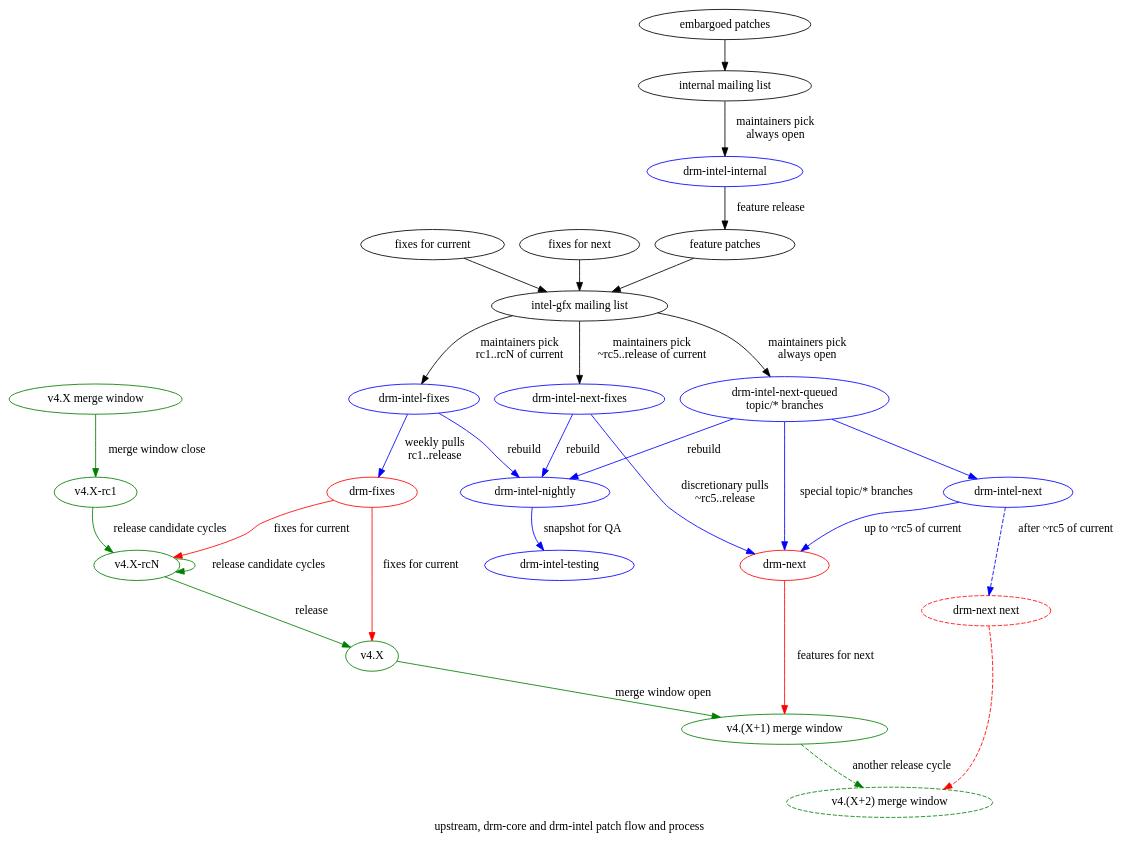
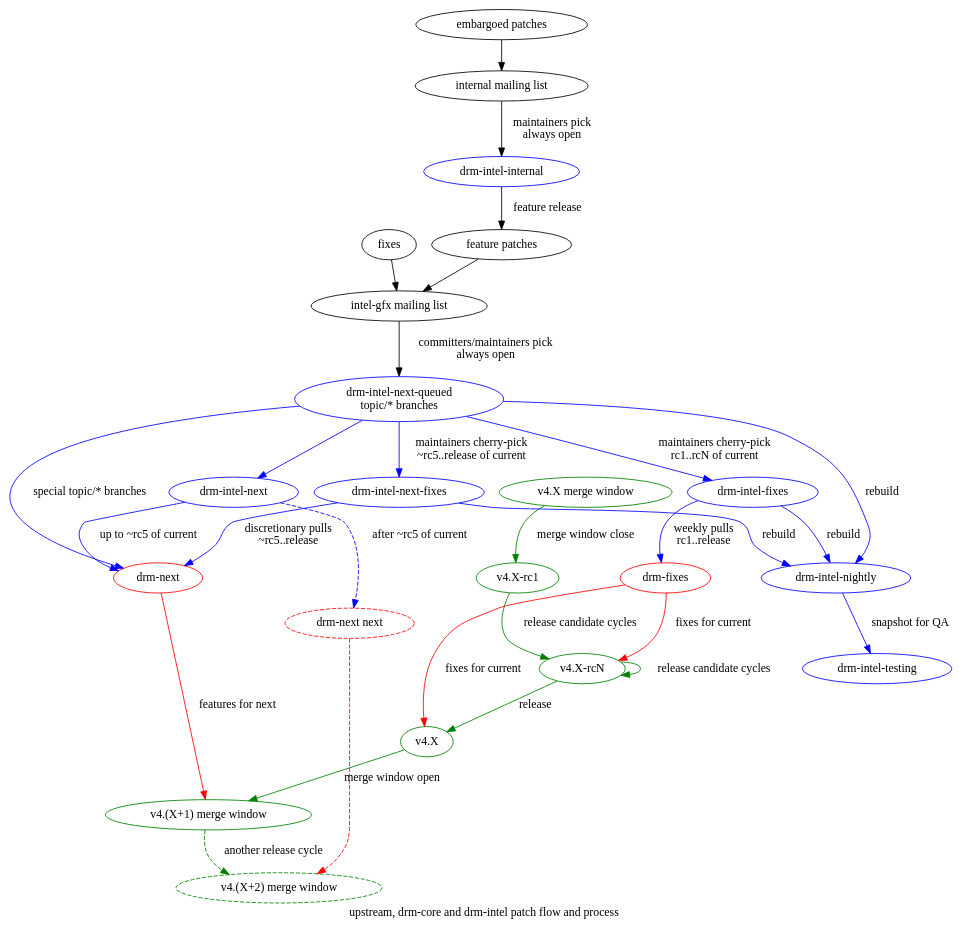
The diagram in drm-intel-flow.dot (vsyrjala/linux), drawn with Graphviz before and after one commit. The commit also changed 1 other file, not shown here.

Commit message:
drm-intel: document new fixes flow

```diff
--- a/drm-intel-flow.dot
+++ b/drm-intel-flow.dot
@@ -1,92 +1,91 @@
 #
 # Copyright © 2014-2015 Intel Corporation
 #
 # Permission is hereby granted, free of charge, to any person obtaining a
 # copy of this software and associated documentation files (the "Software"),
 # to deal in the Software without restriction, including without limitation
 # the rights to use, copy, modify, merge, publish, distribute, sublicense,
 # and/or sell copies of the Software, and to permit persons to whom the
 # Software is furnished to do so, subject to the following conditions:
 #
 # The above copyright notice and this permission notice (including the next
 # paragraph) shall be included in all copies or substantial portions of the
 # Software.
 #
 # THE SOFTWARE IS PROVIDED "AS IS", WITHOUT WARRANTY OF ANY KIND, EXPRESS OR
 # IMPLIED, INCLUDING BUT NOT LIMITED TO THE WARRANTIES OF MERCHANTABILITY,
 # FITNESS FOR A PARTICULAR PURPOSE AND NONINFRINGEMENT.  IN NO EVENT SHALL
 # THE AUTHORS OR COPYRIGHT HOLDERS BE LIABLE FOR ANY CLAIM, DAMAGES OR OTHER
 # LIABILITY, WHETHER IN AN ACTION OF CONTRACT, TORT OR OTHERWISE, ARISING
 # FROM, OUT OF OR IN CONNECTION WITH THE SOFTWARE OR THE USE OR OTHER DEALINGS
 # IN THE SOFTWARE.
 #
 # Authors:
 #	Jani Nikula <jani.nikula@intel.com>
 #
 
 strict digraph "drm-intel" {
        label="upstream, drm-core and drm-intel patch flow and process"
 
        # upstream
        mw1 [label="v4.X merge window" color=green]
        rc1 [label="v4.X-rc1" color=green]
        rcN [label="v4.X-rcN" color=green]
        release [label="v4.X" color=green]
        mw2 [label="v4.(X+1) merge window" color=green]
        mw3 [label="v4.(X+2) merge window" color=green style=dashed]
 
        mw1 -> rc1 [label="merge window close" color=green];
        rc1 -> rcN -> rcN [label="release candidate cycles" color=green];
        rcN -> release [label="release" color=green];
        release -> mw2 [label="merge window open" color=green];
        mw2 -> mw3 [label="another release cycle" color=green style=dashed];
 
        # drm-core
        "drm-next" [color=red]
        "drm-fixes" [color=red]
        "drm-next next" [color=red style=dashed]
 
        "drm-fixes" -> rcN [label="fixes for current" color=red]
        "drm-fixes" -> release [label="fixes for current" color=red]
        "drm-next" -> mw2 [label="features for next" color=red]
        "drm-next next" -> mw3 [color=red style=dashed]
 
        # drm-intel
        "drm-intel-fixes" [color=blue]
        "drm-intel-next" [color=blue]
        "drm-intel-next-fixes" [color=blue]
        "drm-intel-next-queued" [label="drm-intel-next-queued\ntopic/* branches" color=blue]
        "drm-intel-nightly" [color=blue]
        "drm-intel-testing" [color=blue]
        "drm-intel-internal" [color=blue]
 
        "drm-intel-fixes" -> "drm-fixes" [label="weekly pulls\nrc1..release" color=blue]
        "drm-intel-next" -> "drm-next next" [label="after ~rc5 of current" color=blue style=dashed]
        "drm-intel-next" -> "drm-next" [label="up to ~rc5 of current" color=blue]
        "drm-intel-next-fixes" -> "drm-next" [label="discretionary pulls\n~rc5..release" color=blue]
        "drm-intel-next-queued" -> "drm-intel-next" [color=blue]
        "drm-intel-next-queued" -> "drm-next" [label="special topic/* branches" color=blue]
        "drm-intel-nightly" -> "drm-intel-testing" [label="snapshot for QA" color=blue]
 
        # nightly rebuild
        "drm-intel-fixes" -> "drm-intel-nightly" [label="rebuild" color=blue]
        "drm-intel-next-fixes" -> "drm-intel-nightly" [label="rebuild" color=blue]
        "drm-intel-next-queued" -> "drm-intel-nightly" [label="rebuild" color=blue]
 
        # patch flow
        "intel-gfx" [label="intel-gfx mailing list"]
        "internal" [label="internal mailing list"]
 
-       "fixes for current" -> "intel-gfx"
-       "fixes for next" -> "intel-gfx"
+       "fixes" -> "intel-gfx"
        "feature patches" -> "intel-gfx"
 
        "embargoed patches" -> "internal"
        "drm-intel-internal" -> "feature patches" [label="feature release"]
 
        "internal" -> "drm-intel-internal" [label="maintainers pick\nalways open"]
 
-       "intel-gfx" -> "drm-intel-next-queued" [label="maintainers pick\nalways open"]
-       "intel-gfx" -> "drm-intel-fixes" [label="maintainers pick\nrc1..rcN of current"]
-       "intel-gfx" -> "drm-intel-next-fixes" [label="maintainers pick\n~rc5..release of current"]
+       "intel-gfx" -> "drm-intel-next-queued" [label="committers/maintainers pick\nalways open"]
+       "drm-intel-next-queued" -> "drm-intel-fixes" [label="maintainers cherry-pick\nrc1..rcN of current" color=blue]
+       "drm-intel-next-queued" -> "drm-intel-next-fixes" [label="maintainers cherry-pick\n~rc5..release of current" color=blue]
 }
```
